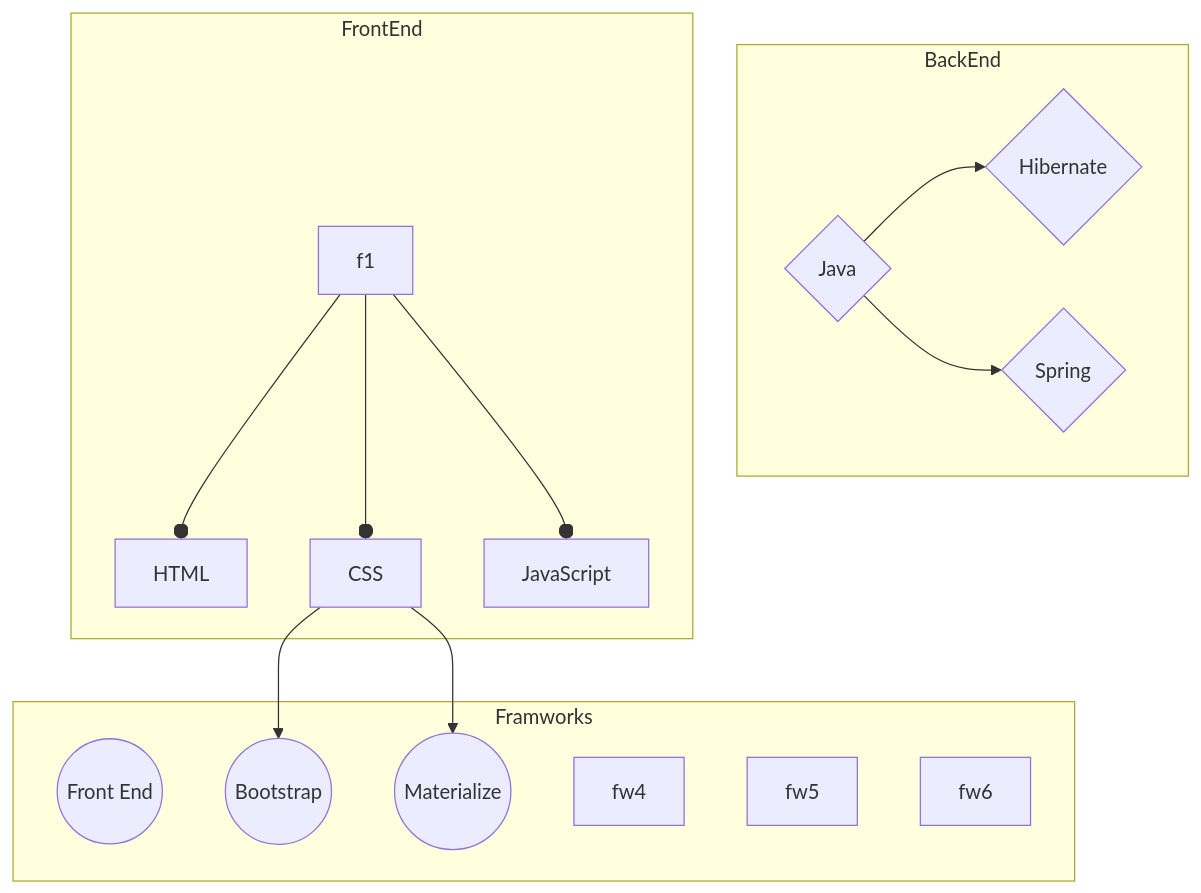
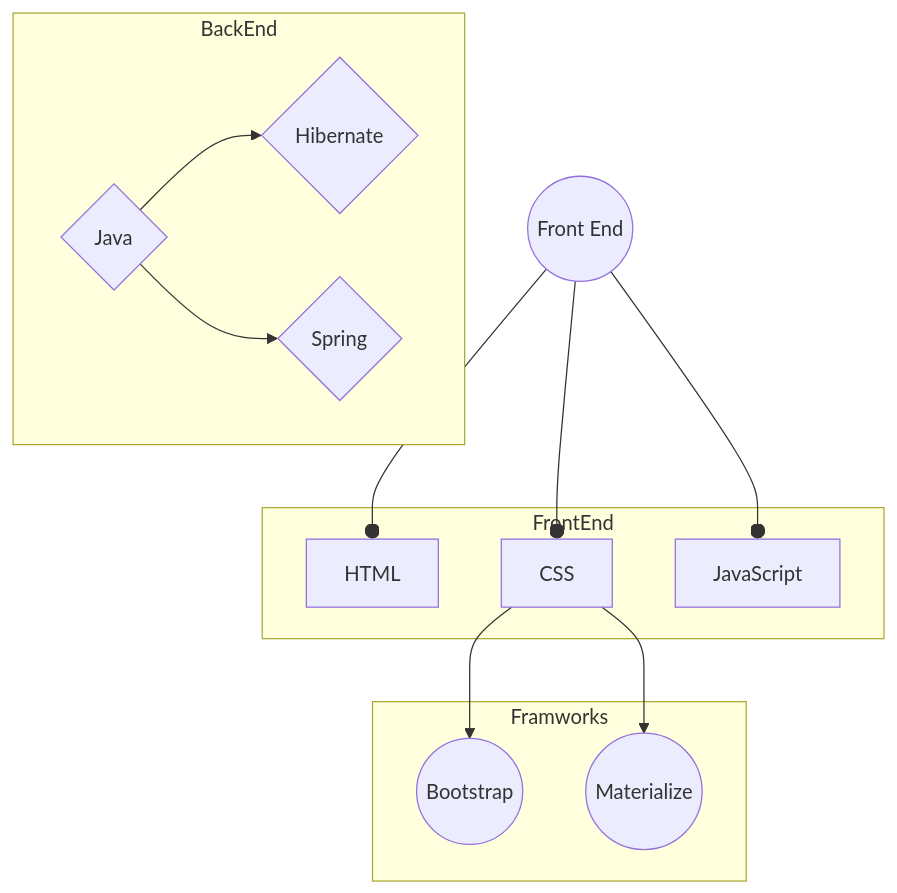
Before and after one commit to krtuhin/krtuhin: the diagram in README.md, drawn with Mermaid.

````diff
--- a/README.md
+++ b/README.md
@@ -104,39 +104,33 @@
 ```mermaid
 flowchart 
 fw1((Front End))
-f2[HTML]
-f3[CSS]
-f4[JavaScript]
+f1[HTML]
+f2[CSS]
+f3[JavaScript]
 fw2((Bootstrap))
 fw3((Materialize))
 b1{Java}
 b2{Hibernate}
 b3{Spring}
  subgraph  BackEnd
 b1
 b2
 b3
  end  
  subgraph Framworks 
-fw1
 fw2
 fw3
-fw4
-fw5
-fw6
  end
   subgraph  FrontEnd 
  f1
  f2
  f3
- f4
  end  
- f1 --o f2
- f1 --o f3
- f1 --o f4
- f3 --> fw2
- f3 --> fw3
- 
+ fw1 --o f1
+ fw1 --o f2
+ fw1 --o f3
+ f2 --> fw2
+ f2 --> fw3
  b1 -->b2
  b1 --> b3
  ```
````
